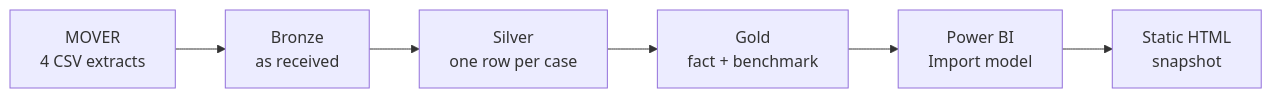
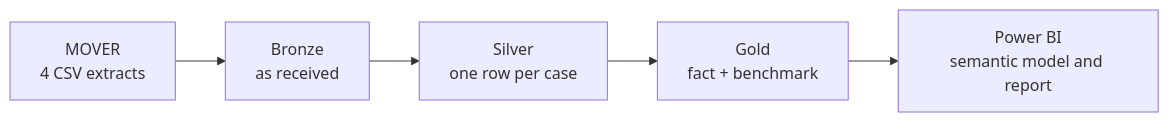
Before and after one commit to thrinesh13/OR-Scheduling-Reliability-Analytics: the diagram in README.md, drawn with Mermaid. The commit also changed other lines of this file, not shown here.

````diff
--- a/README.md
+++ b/README.md
@@ -221,8 +202,7 @@
 ```mermaid
 flowchart LR
     A[MOVER<br/>4 CSV extracts] --> B[Bronze<br/>as received]
     B --> C[Silver<br/>one row per case]
     C --> D[Gold<br/>fact + benchmark]
-    D --> E[Power BI<br/>Import model]
-    E --> F[Static HTML<br/>snapshot]
+    D --> E[Power BI<br/>semantic model and report]
 ```
````
